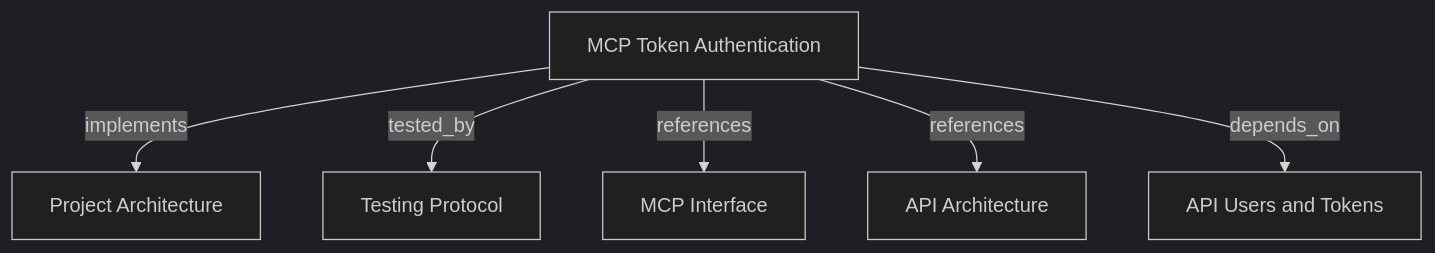
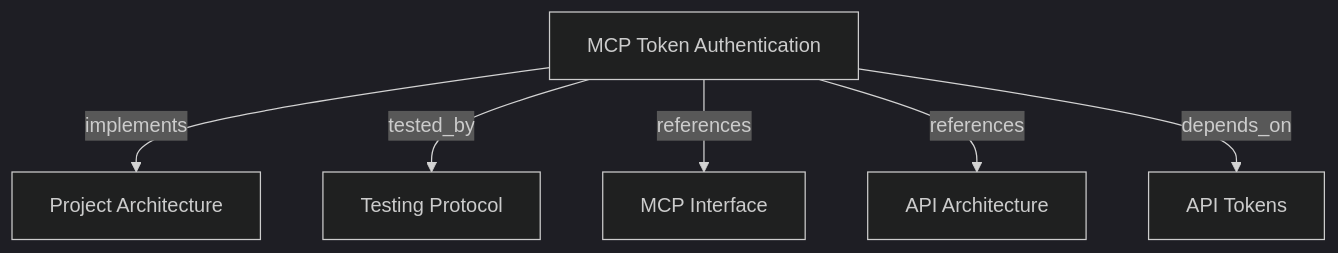
One commit to romabeckman/harness-memory changed the diagram in docs/feature/mcp/token-authentication.md. Above: the diagram before and after it, drawn with Mermaid (dark theme). The commit also changed other lines of this file and 11 other files, not shown here.

````diff
--- a/docs/feature/mcp/token-authentication.md
+++ b/docs/feature/mcp/token-authentication.md
@@ -84,13 +84,13 @@
 ```mermaid
 graph TD
     AUTH["MCP Token Authentication"] -->|implements| ARCH["Project Architecture"]
     AUTH -->|tested_by| TESTS["Testing Protocol"]
     AUTH -->|references| MCP["MCP Interface"]
     AUTH -->|references| APIARCH["API Architecture"]
-    AUTH -->|depends_on| API["API Users and Tokens"]
+    AUTH -->|depends_on| API["API Tokens"]
     click ARCH "../../adr/ARCHITECTURE.md"
     click TESTS "../../adr/TESTS.md"
     click MCP "../../adr/MCP.md"
     click APIARCH "../../adr/API.md"
-    click API "../api/users-and-tokens.md"
+    click API "../api/tokens.md"
 ```
````
